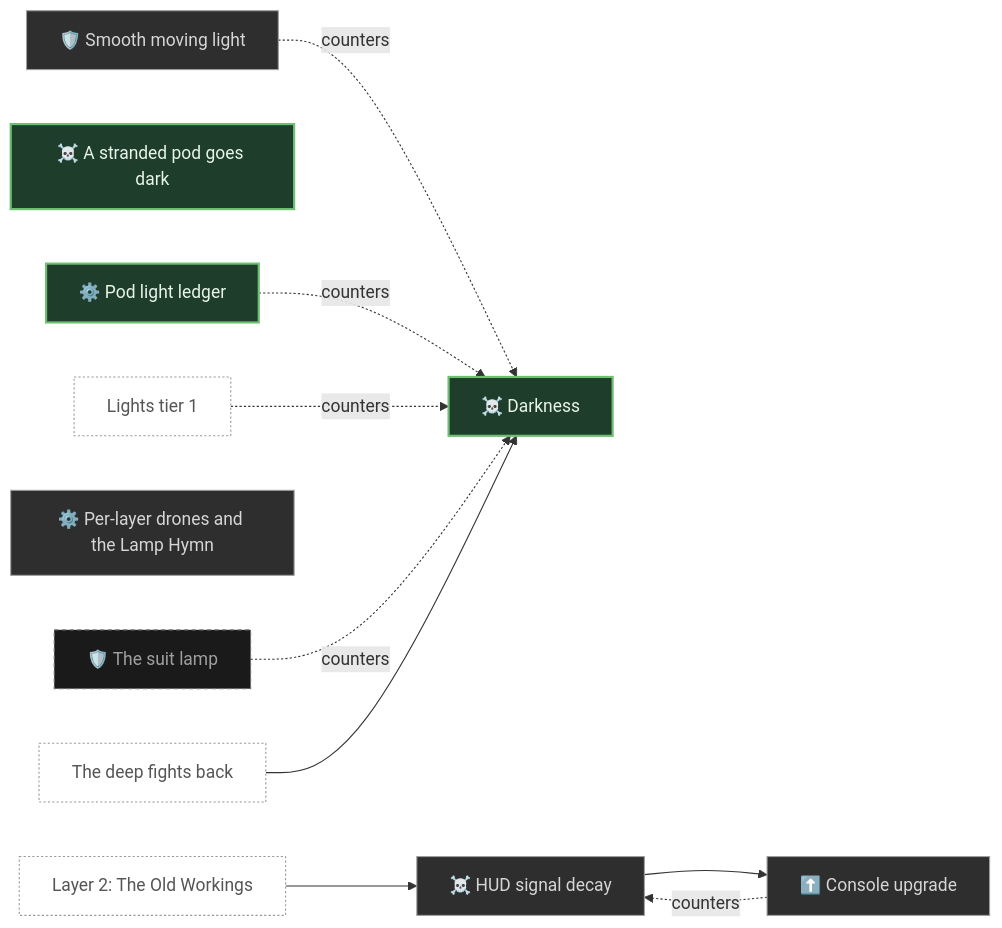
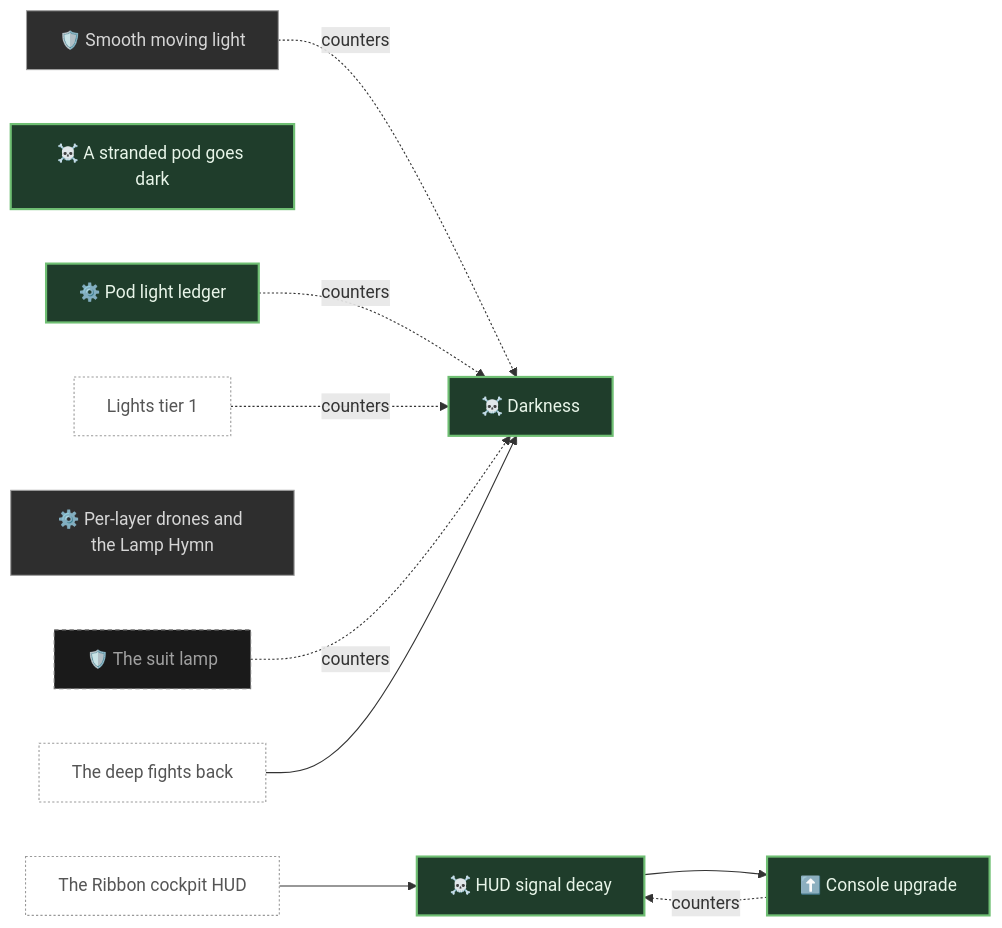
Diagram 19 of 30 in docs/FEATURE-MAP.md (pkeppeler/deepcharter), drawn with Mermaid before and after one commit. The commit also changed other lines of this file and 13 other files, not shown here.

Commit message:
Signal decay: bore-bot measurement, evidence scenarios, docs, feature map (#502)

````diff
--- a/docs/FEATURE-MAP.md
+++ b/docs/FEATURE-MAP.md
@@ -964,31 +965,31 @@
 ```mermaid
 flowchart LR
   n_darkness["☠️ Darkness"]
   n_light_ledger["⚙️ Pod light ledger"]
   n_stranded_dark["☠️ A stranded pod goes dark"]
   n_dynamic_lights["🛡️ Smooth moving light"]
   n_suit_lamp["🛡️ The suit lamp"]
   n_signal_decay["☠️ HUD signal decay"]
   n_console_upgrade["⬆️ Console upgrade"]
   n_lamp_hymn["⚙️ Per-layer drones and the Lamp Hymn"]
-  n_layer_2["Layer 2: The Old Workings"]
   n_lights_t1["Lights tier 1"]
+  n_ribbon_hud["The Ribbon cockpit HUD"]
   n_the_deep_bites["The deep fights back"]
   n_console_upgrade -. counters .-> n_signal_decay
   n_dynamic_lights -. counters .-> n_darkness
-  n_layer_2 --> n_signal_decay
   n_light_ledger -. counters .-> n_darkness
   n_lights_t1 -. counters .-> n_darkness
+  n_ribbon_hud --> n_signal_decay
   n_signal_decay --> n_console_upgrade
   n_suit_lamp -. counters .-> n_darkness
   n_the_deep_bites --> n_darkness
   classDef built fill:#1f3d2b,stroke:#6fbf73,stroke-width:2px,color:#e8f5e9
   classDef progress fill:#4a3a10,stroke:#f0b429,stroke-width:2px,color:#fff3d6
   classDef planned fill:#2e2e2e,stroke:#9e9e9e,stroke-width:1px,color:#d6d6d6
   classDef idea fill:#1a1a1a,stroke:#757575,stroke-width:1px,stroke-dasharray:4 3,color:#a0a0a0
   classDef ext fill:#ffffff,stroke:#999999,stroke-width:1px,stroke-dasharray:2 2,color:#555555
-  class n_darkness,n_light_ledger,n_stranded_dark built
-  class n_dynamic_lights,n_signal_decay,n_console_upgrade,n_lamp_hymn planned
+  class n_darkness,n_light_ledger,n_stranded_dark,n_signal_decay,n_console_upgrade built
+  class n_dynamic_lights,n_lamp_hymn planned
   class n_suit_lamp idea
-  class n_layer_2,n_lights_t1,n_the_deep_bites ext
+  class n_lights_t1,n_ribbon_hud,n_the_deep_bites ext
 ```
````
